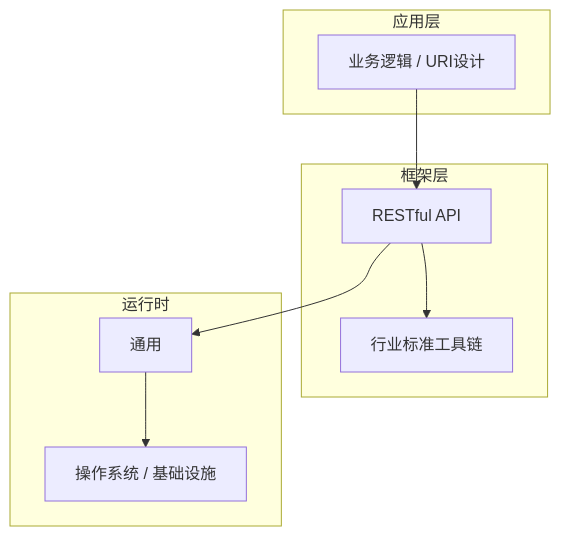
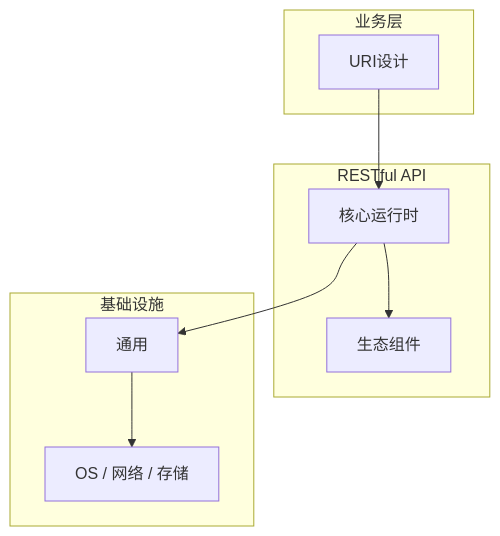
The diagram in articles/RESTful API/chapters/025-URI设计核心概念与原理.md (yanggan2015/knowledge-json-v2), drawn with Mermaid before and after one commit. The commit also changed other lines of this file and 10127 other files, not shown here.

````diff
--- a/articles/RESTful API/chapters/025-URI设计核心概念与原理.md
+++ b/articles/RESTful API/chapters/025-URI设计核心概念与原理.md
@@ -45,18 +34,18 @@
 ```mermaid
 graph TB
-    subgraph 应用层
-        A[业务逻辑 / URI设计]
+    subgraph 业务层
+        A[URI设计]
     end
-    subgraph 框架层
-        B[RESTful API]
-        C[行业标准工具链]
+    subgraph RESTful API
+        B[核心运行时]
+        C[生态组件]
     end
-    subgraph 运行时
+    subgraph 基础设施
         D[通用]
-        E[操作系统 / 基础设施]
+        E[OS / 网络 / 存储]
     end
     A --> B
     B --> C
     B --> D
     D --> E
 ```
````
